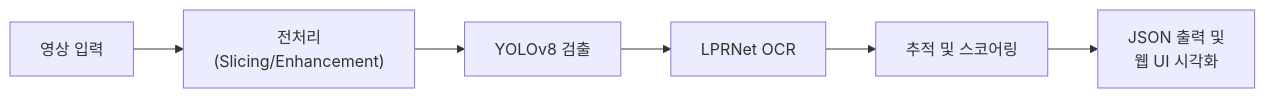
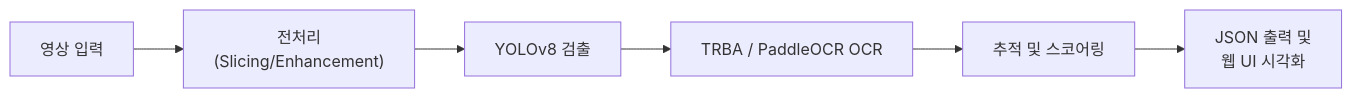
The first of 3 diagrams in profile/README.md (DeepTracer/.github), drawn with Mermaid before and after one commit. The commit also changed other lines of this file, not shown here.

First line of the commit message:
Revise README for OCR technology and architecture updates

````diff
--- a/profile/README.md
+++ b/profile/README.md
@@ -52,9 +52,9 @@
 ```mermaid
 
 graph LR
     A[영상 입력] --> B["전처리<br/>(Slicing/Enhancement)"]
     B --> C[YOLOv8 검출]
-    C --> D[LPRNet OCR]
+    C --> D["TRBA / PaddleOCR OCR"]
     D --> E[추적 및 스코어링]
     E --> F["JSON 출력 및<br/>웹 UI 시각화"]
 ```
````
